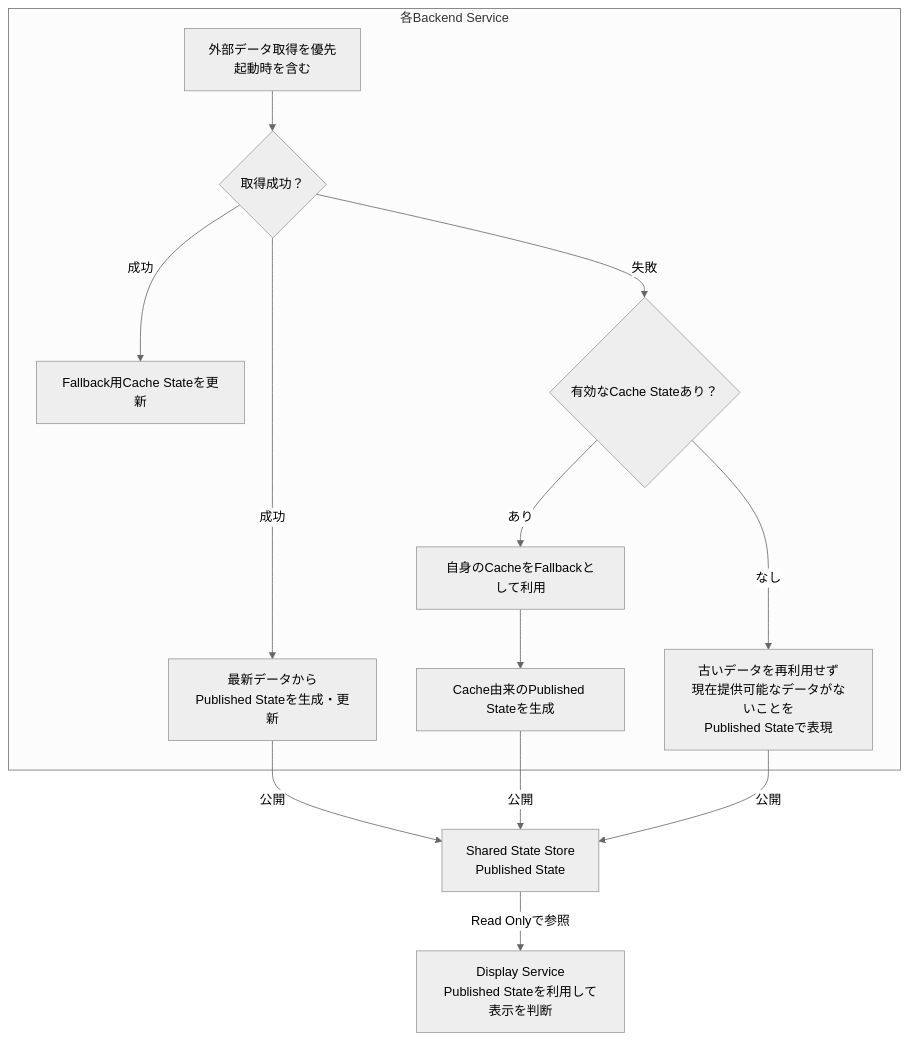
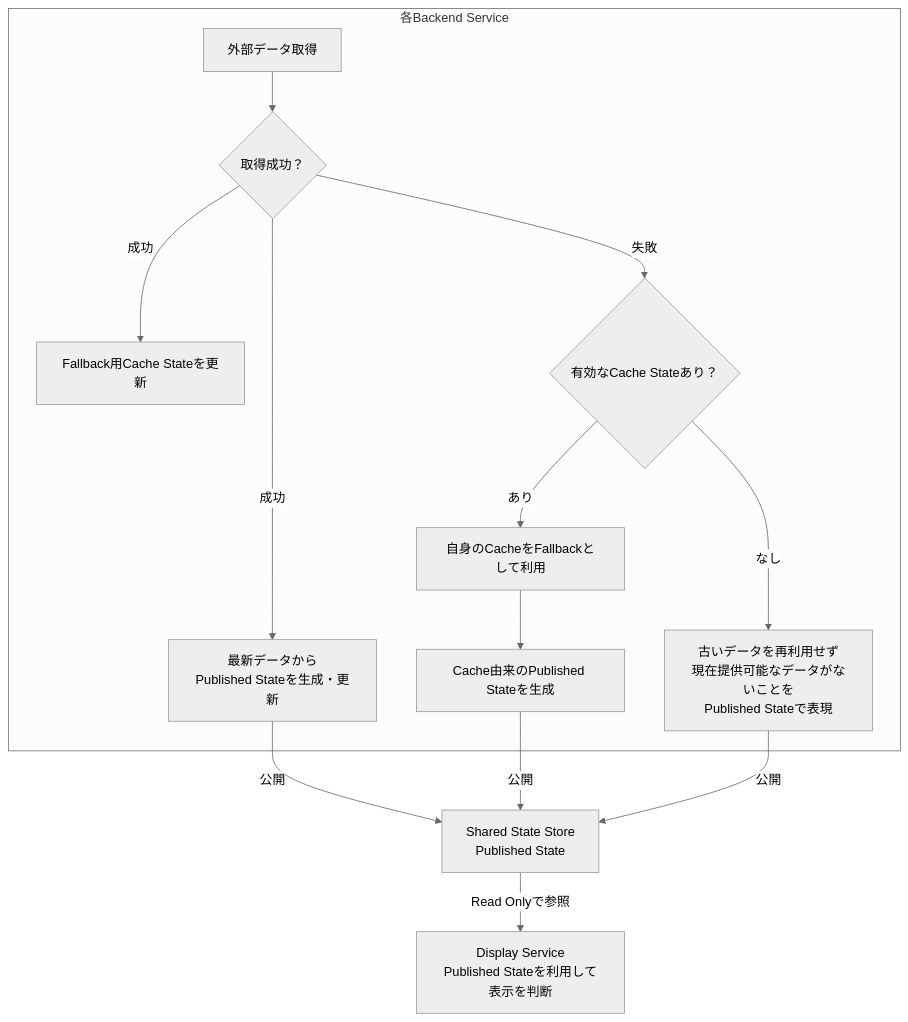
Before and after one commit to rinYamano211/home-digital-signage: the second of 3 diagrams in docs/architecture.md, drawn with Mermaid (neutral theme). The commit also changed other lines of this file and 1 other file, not shown here.

````diff
--- a/docs/architecture.md
+++ b/docs/architecture.md
@@ -316,26 +321,26 @@
 ```mermaid
 flowchart TB
     subgraph backend["各Backend Service"]
-        fetch["外部データ取得を優先<br/>起動時を含む"]
+        fetch["外部データ取得"]
         result{"取得成功？"}
         latest["最新データから<br/>Published Stateを生成・更新"]
         update["Fallback用Cache Stateを更新"]
         valid{"有効なCache Stateあり？"}
         fallback["自身のCacheをFallbackとして利用"]
         cached["Cache由来のPublished Stateを生成"]
         empty["古いデータを再利用せず<br/>現在提供可能なデータがないことを<br/>Published Stateで表現"]
         fetch --> result
         result -->|成功| latest
         result -->|成功| update
         result -->|失敗| valid
         valid -->|あり| fallback
         fallback --> cached
         valid -->|なし| empty
     end
     store["Shared State Store<br/>Published State"]
     display["Display Service<br/>Published Stateを利用して表示を判断"]
     latest -->|公開| store
     cached -->|公開| store
     empty -->|公開| store
     store -->|Read Onlyで参照| display
 ```
````
